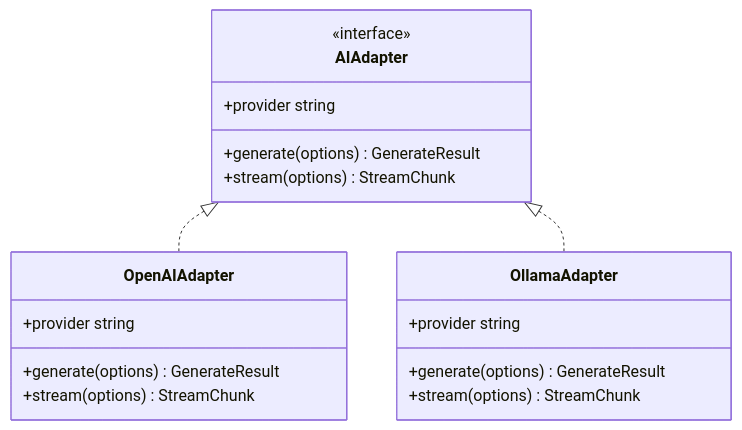
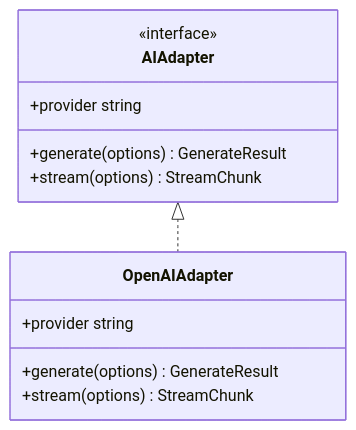
Before and after one commit to shekhargiri005-dotcom/AI-powered-accessibility-first-UI-engine: the sixth of 9 diagrams in .qoder/repowiki/en/content/AI Generation Engine/Core Generation Pipeline/Model Resolution & Configuration.md, drawn with Mermaid. The commit also changed other lines of this file and 7 other files, not shown here.

````diff
--- a/.qoder/repowiki/en/content/AI Generation Engine/Core Generation Pipeline/Model Resolution & Configuration.md
+++ b/.qoder/repowiki/en/content/AI Generation Engine/Core Generation Pipeline/Model Resolution & Configuration.md
@@ -273,21 +323,15 @@
 ```mermaid
 classDiagram
 class AIAdapter {
 <<interface>>
 +provider string
 +generate(options) GenerateResult
 +stream(options) StreamChunk
 }
 class OpenAIAdapter {
 +provider string
 +generate(options) GenerateResult
 +stream(options) StreamChunk
 }
-class OllamaAdapter {
-+provider string
-+generate(options) GenerateResult
-+stream(options) StreamChunk
-}
 AIAdapter <|.. OpenAIAdapter
-AIAdapter <|.. OllamaAdapter
 ```
````
